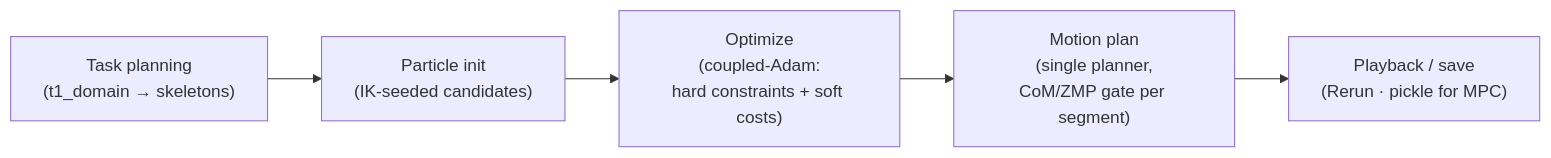
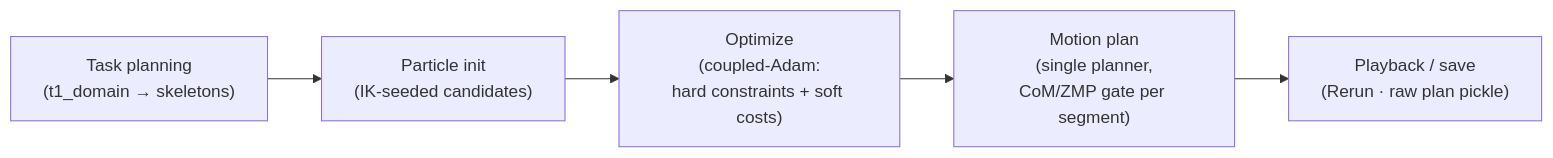
Before and after one commit to helpYoon/cuTAMP: the first of 2 diagrams in README.md, drawn with Mermaid. The commit also changed other lines of this file and 5 other files, not shown here.

````diff
--- a/README.md
+++ b/README.md
@@ -45,7 +48,7 @@
 ```mermaid
 graph LR
     A["Task planning<br/>(t1_domain → skeletons)"] --> B["Particle init<br/>(IK-seeded candidates)"]
     B --> C["Optimize<br/>(coupled-Adam:<br/>hard constraints + soft costs)"]
     C --> D["Motion plan<br/>(single planner,<br/>CoM/ZMP gate per segment)"]
-    D --> E["Playback / save<br/>(Rerun · pickle for MPC)"]
+    D --> E["Playback / save<br/>(Rerun · raw plan pickle)"]
 ```
````
